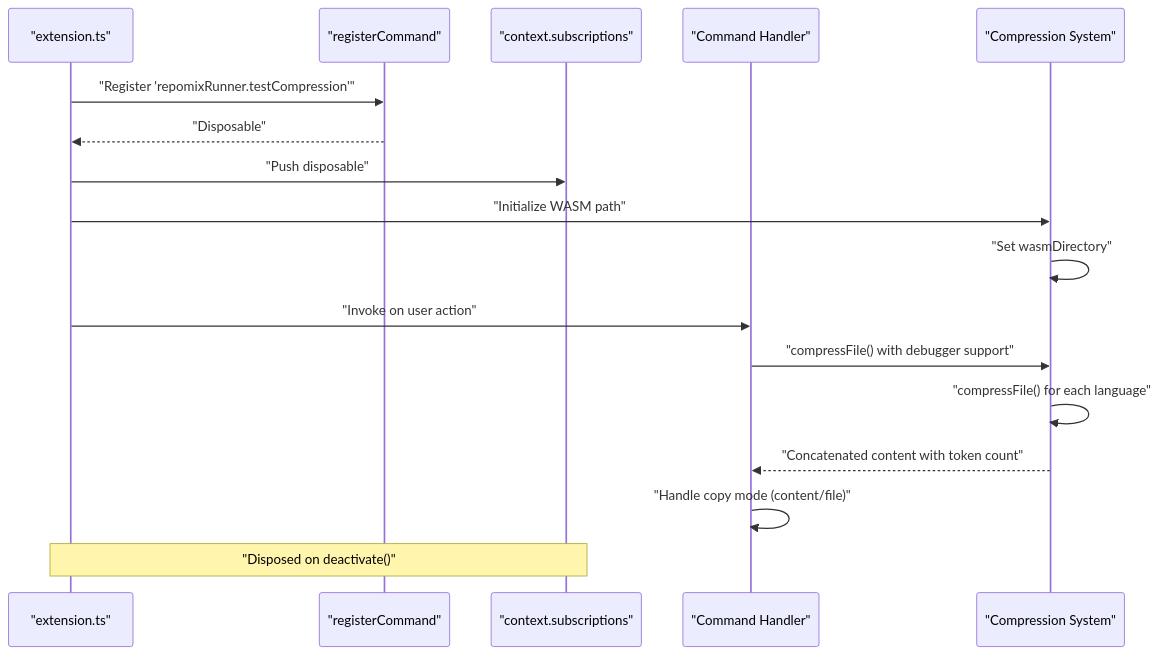
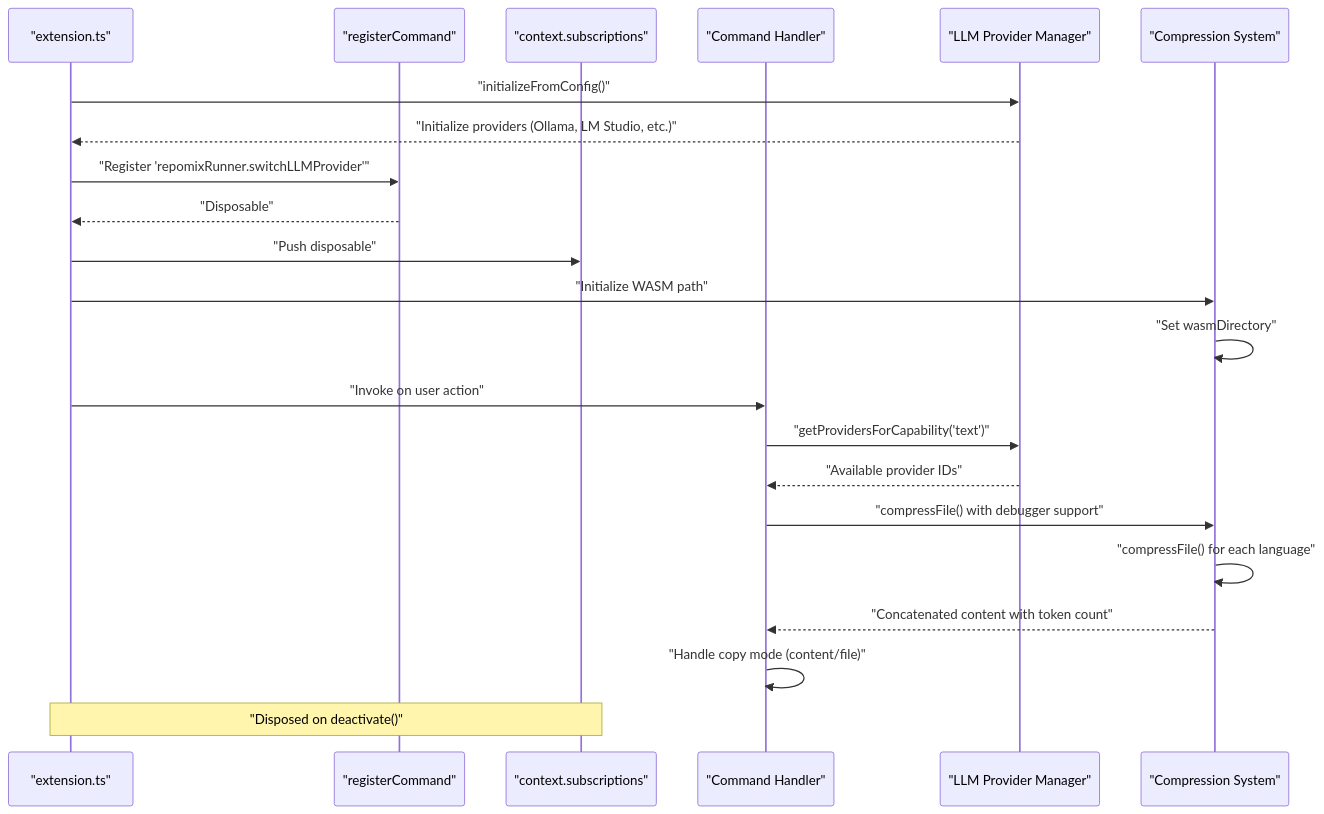
Before and after one commit to bramburn/repomix-runner: the third of 7 diagrams in .qoder/repowiki/en/content/Command System/Command System.md, drawn with Mermaid. The commit also changed other lines of this file and 41 other files, not shown here.

````diff
--- a/.qoder/repowiki/en/content/Command System/Command System.md
+++ b/.qoder/repowiki/en/content/Command System/Command System.md
@@ -223,19 +248,24 @@
 ```mermaid
 sequenceDiagram
 participant Ext as "extension.ts"
 participant Reg as "registerCommand"
 participant Sub as "context.subscriptions"
 participant Cmd as "Command Handler"
+participant LLM as "LLM Provider Manager"
 participant Comp as "Compression System"
-Ext->>Reg : "Register 'repomixRunner.testCompression'"
+Ext->>LLM : "initializeFromConfig()"
+LLM-->>Ext : "Initialize providers (Ollama, LM Studio, etc.)"
+Ext->>Reg : "Register 'repomixRunner.switchLLMProvider'"
 Reg-->>Ext : "Disposable"
 Ext->>Sub : "Push disposable"
 Ext->>Comp : "Initialize WASM path"
 Comp->>Comp : "Set wasmDirectory"
 Ext->>Cmd : "Invoke on user action"
+Cmd->>LLM : "getProvidersForCapability('text')"
+LLM-->>Cmd : "Available provider IDs"
 Cmd->>Comp : "compressFile() with debugger support"
 Comp->>Comp : "compressFile() for each language"
 Comp-->>Cmd : "Concatenated content with token count"
 Cmd->>Cmd : "Handle copy mode (content/file)"
 Note over Ext,Sub : "Disposed on deactivate()"
 ```
````
